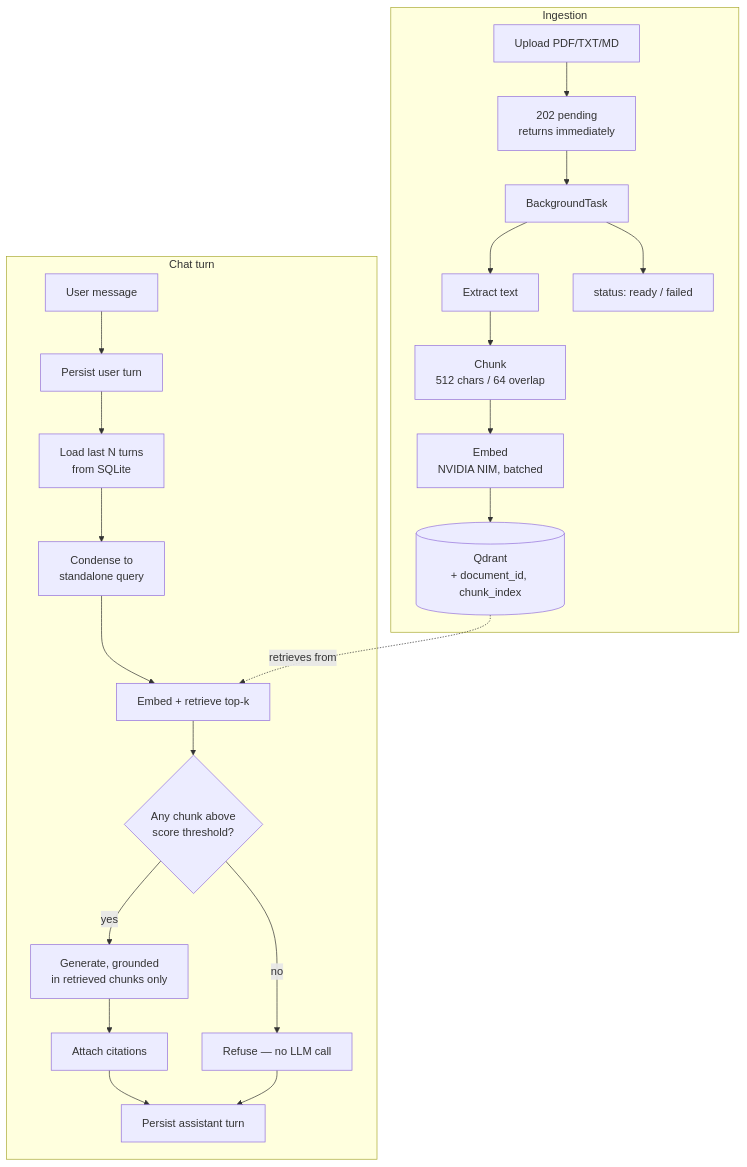
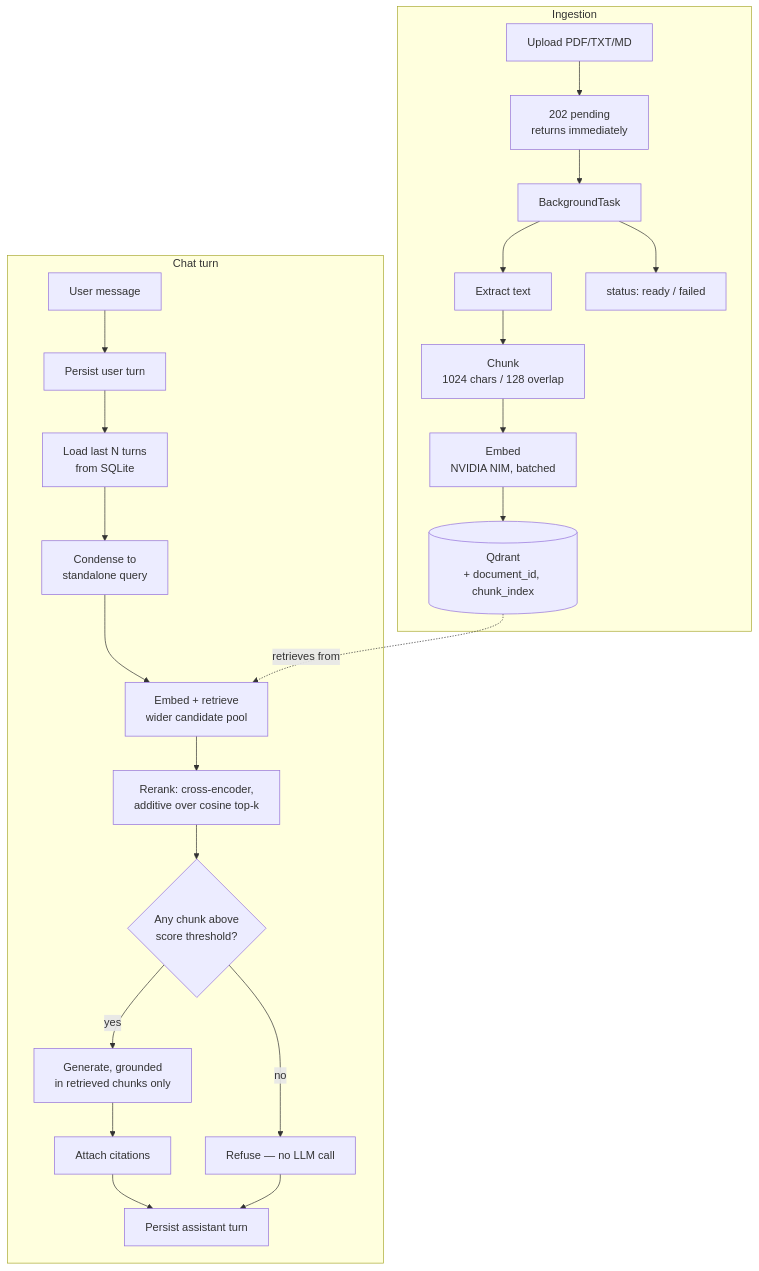
One commit to Vivekpatil200320/knowledgehub changed the diagram in README.md. Above: the diagram before and after it, drawn with Mermaid. The commit also changed other lines of this file and 7 other files, not shown here.

````diff
--- a/README.md
+++ b/README.md
@@ -70,26 +91,27 @@
 ```mermaid
 flowchart TB
     subgraph Ingestion
         A[Upload PDF/TXT/MD] --> B[202 pending<br/>returns immediately]
         B --> C[BackgroundTask]
         C --> D[Extract text]
-        D --> E[Chunk<br/>512 chars / 64 overlap]
+        D --> E[Chunk<br/>1024 chars / 128 overlap]
         E --> F[Embed<br/>NVIDIA NIM, batched]
         F --> G[(Qdrant<br/>+ document_id, chunk_index)]
         C --> H[status: ready / failed]
     end
 
     subgraph Chat turn
         I[User message] --> J[Persist user turn]
         J --> K[Load last N turns<br/>from SQLite]
         K --> L[Condense to<br/>standalone query]
-        L --> M[Embed + retrieve top-k]
-        M --> N{Any chunk above<br/>score threshold?}
+        L --> M[Embed + retrieve<br/>wider candidate pool]
+        M --> M2[Rerank: cross-encoder,<br/>additive over cosine top-k]
+        M2 --> N{Any chunk above<br/>score threshold?}
         N -->|no| O[Refuse — no LLM call]
         N -->|yes| P[Generate, grounded<br/>in retrieved chunks only]
         P --> Q[Attach citations]
         Q --> R[Persist assistant turn]
         O --> R
         G -.retrieves from.-> M
     end
 ```
````
